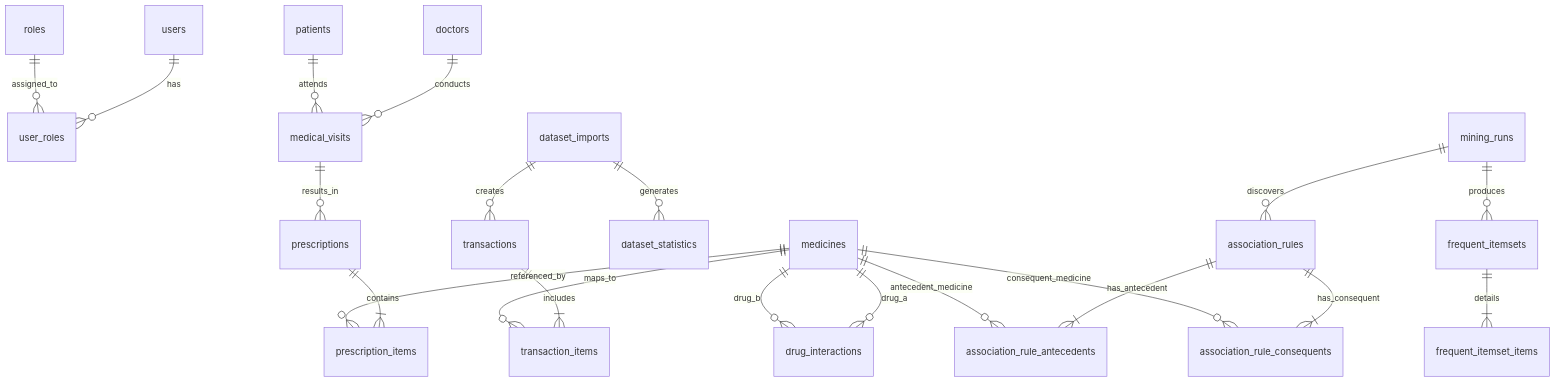
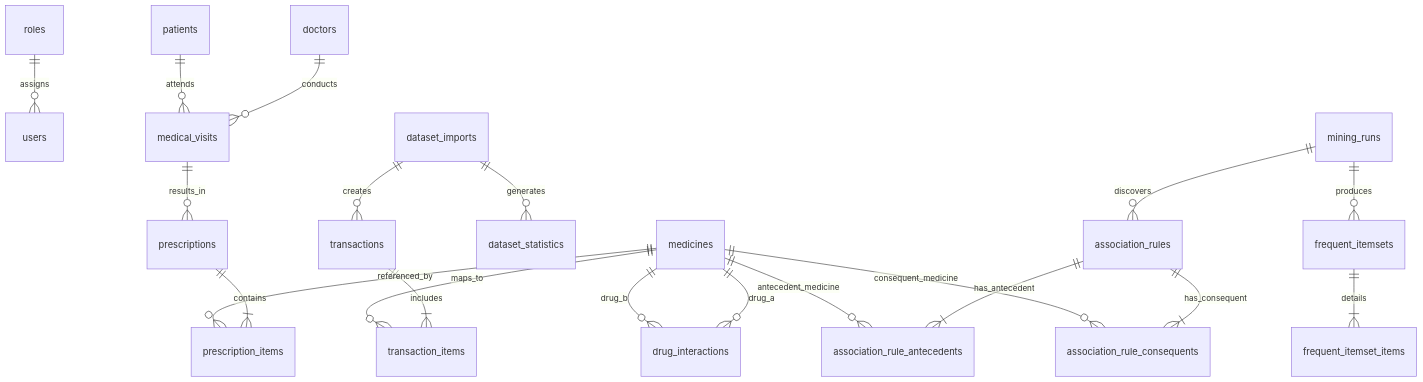
The diagram in docs/database-design.md (ln3076059-jpg/pro78), drawn with Mermaid before and after one commit. The commit also changed other lines of this file and 10 other files, not shown here.

````diff
--- a/docs/database-design.md
+++ b/docs/database-design.md
@@ -15,29 +15,28 @@
 ```mermaid
 erDiagram
-    users ||--o{ user_roles : has
-    roles ||--o{ user_roles : assigned_to
+    roles ||--o{ users : assigns
 
     doctors ||--o{ medical_visits : conducts
     patients ||--o{ medical_visits : attends
     medical_visits ||--o{ prescriptions : results_in
 
     prescriptions ||--|{ prescription_items : contains
     medicines ||--o{ prescription_items : referenced_by
 
     dataset_imports ||--o{ dataset_statistics : generates
     dataset_imports ||--o{ transactions : creates
     transactions ||--|{ transaction_items : includes
     medicines ||--o{ transaction_items : maps_to
 
     mining_runs ||--o{ frequent_itemsets : produces
     mining_runs ||--o{ association_rules : discovers
     frequent_itemsets ||--|{ frequent_itemset_items : details
 
     association_rules ||--|{ association_rule_antecedents : has_antecedent
     association_rules ||--|{ association_rule_consequents : has_consequent
     medicines ||--o{ association_rule_antecedents : antecedent_medicine
     medicines ||--o{ association_rule_consequents : consequent_medicine
 
     medicines ||--o{ drug_interactions : drug_a
     medicines ||--o{ drug_interactions : drug_b
 ```
````
